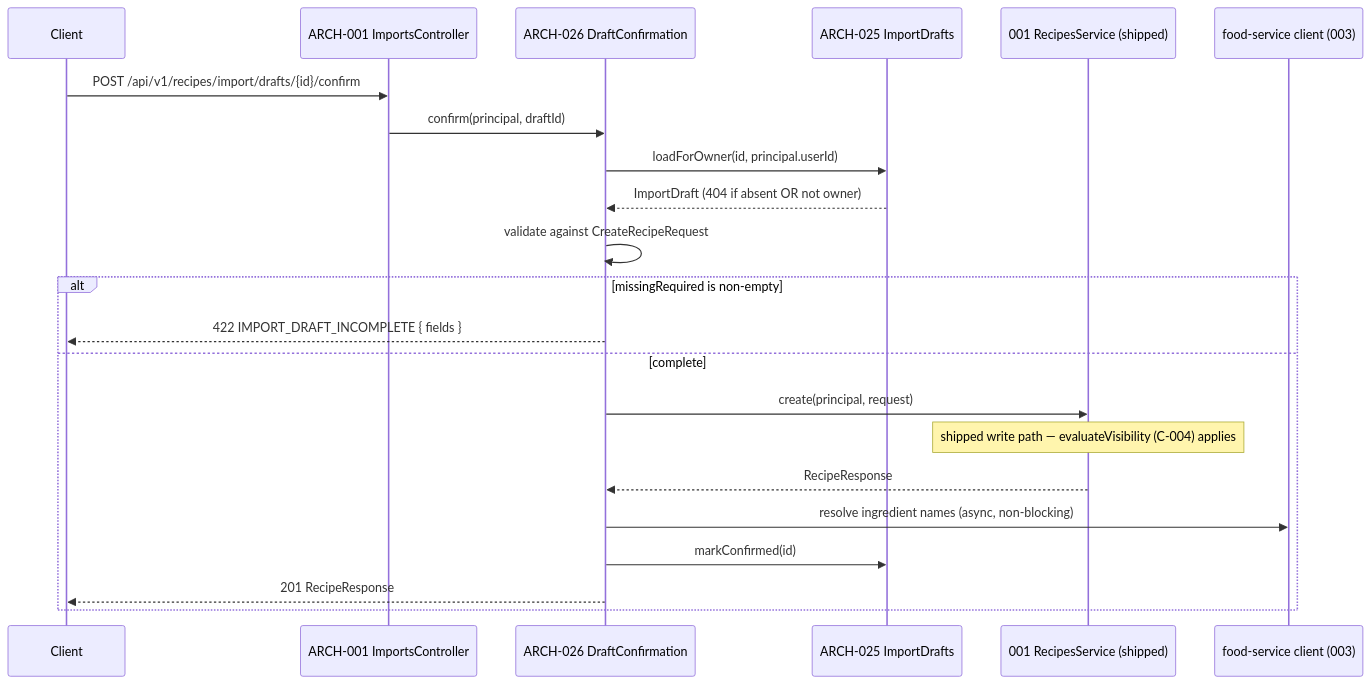
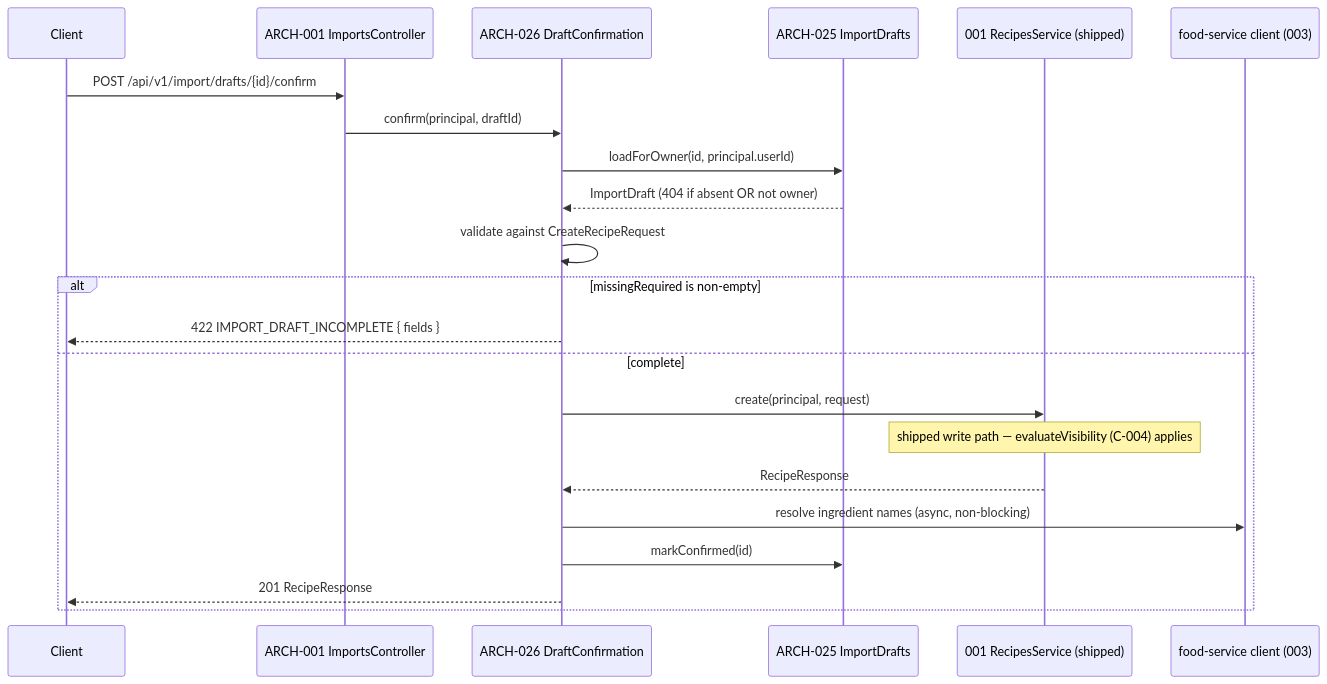
The second of 4 diagrams in specs/004-recipe-importing/v-model/architecture-design.md (radicle-co/KitchenSink), drawn with Mermaid before and after one commit. The commit also changed other lines of this file and 8 other files, not shown here.

````diff
--- a/specs/004-recipe-importing/v-model/architecture-design.md
+++ b/specs/004-recipe-importing/v-model/architecture-design.md
@@ -132,25 +132,25 @@
 ```mermaid
 sequenceDiagram
     participant C as Client
     participant CT as ARCH-001 ImportsController
     participant CF as ARCH-026 DraftConfirmation
     participant D as ARCH-025 ImportDrafts
     participant R as 001 RecipesService (shipped)
     participant FD as food-service client (003)
 
-    C->>CT: POST /api/v1/recipes/import/drafts/{id}/confirm
+    C->>CT: POST /api/v1/import/drafts/{id}/confirm
     CT->>CF: confirm(principal, draftId)
     CF->>D: loadForOwner(id, principal.userId)
     D-->>CF: ImportDraft (404 if absent OR not owner)
     CF->>CF: validate against CreateRecipeRequest
     alt missingRequired is non-empty
         CF-->>C: 422 IMPORT_DRAFT_INCOMPLETE { fields }
     else complete
         CF->>R: create(principal, request)
         Note over R: shipped write path — evaluateVisibility (C-004) applies
         R-->>CF: RecipeResponse
         CF->>FD: resolve ingredient names (async, non-blocking)
         CF->>D: markConfirmed(id)
         CF-->>C: 201 RecipeResponse
     end
 ```
````
